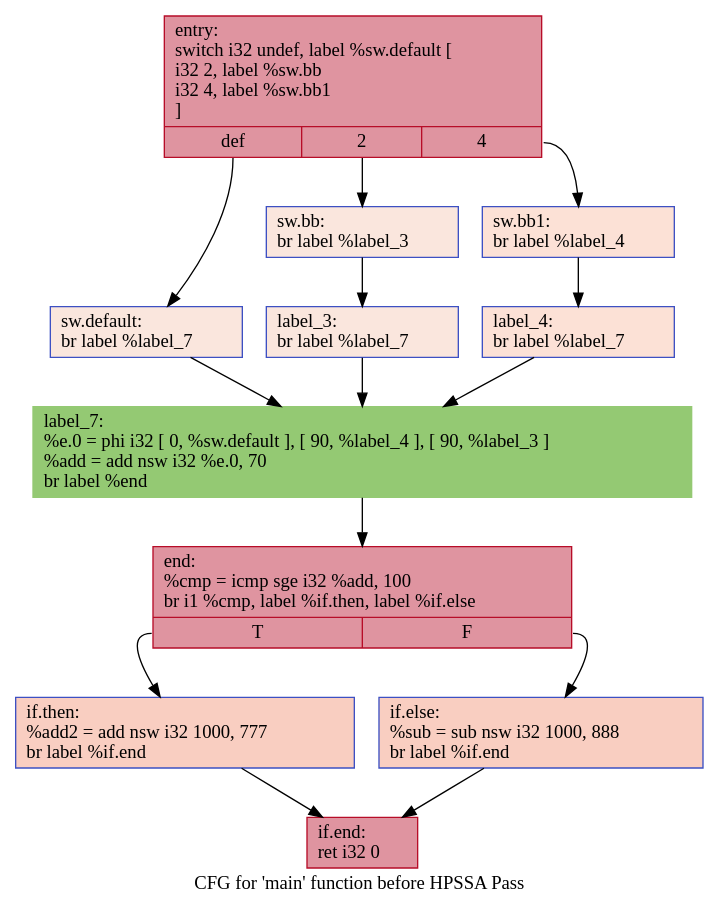
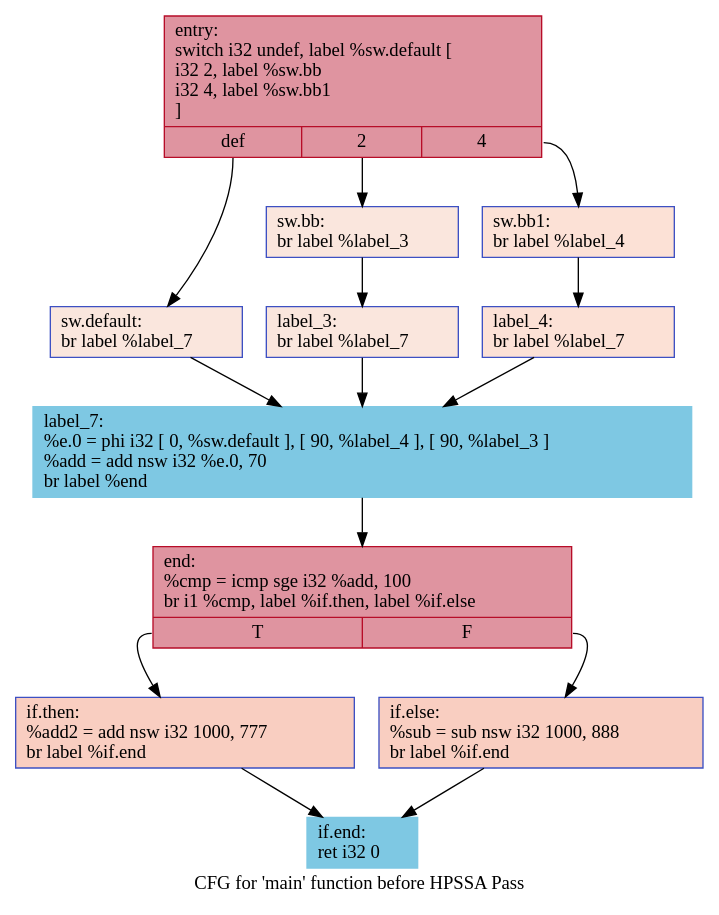
Before and after one commit to HPSSA-LLVM/HPSSA-LLVM: the diagram in IR/cfg/baseline.dot, drawn with Graphviz. The commit also changed 22 other files, not shown here.

```diff
--- a/IR/cfg/baseline.dot
+++ b/IR/cfg/baseline.dot
@@ -1,28 +1,28 @@
 digraph "CFG for 'main' function" {
 	label="CFG for 'main' function before HPSSA Pass";
 
-	Node0x56502203a770 [shape=record,color="#b70d28ff", style=filled, fillcolor="#b70d2870",label="{entry:\l  switch i32 undef, label %sw.default [\l    i32 2, label %sw.bb\l    i32 4, label %sw.bb1\l  ]\l|{<s0>def|<s1>2|<s2>4}}"];
-	Node0x56502203a770:s0 -> Node0x56502203acd0;
-	Node0x56502203a770:s1 -> Node0x56502203ad50;
-	Node0x56502203a770:s2 -> Node0x56502203adf0;
-	Node0x56502203ad50 [shape=record,color="#3d50c3ff", style=filled, fillcolor="#f3c7b170",label="{sw.bb:                                            \l  br label %label_3\l}"];
-	Node0x56502203ad50 -> Node0x56502203af80;
-	Node0x56502203adf0 [shape=record,color="#3d50c3ff", style=filled, fillcolor="#f7bca170",label="{sw.bb1:                                           \l  br label %label_4\l}"];
-	Node0x56502203adf0 -> Node0x56502203b060;
-	Node0x56502203acd0 [shape=record,color="#3d50c3ff", style=filled, fillcolor="#f3c7b170",label="{sw.default:                                       \l  br label %label_7\l}"];
-	Node0x56502203acd0 -> Node0x56502203b140;
-	Node0x56502203af80 [shape=record,color="#3d50c3ff", style=filled, fillcolor="#f3c7b170",label="{label_3:                                          \l  br label %label_7\l}"];
-	Node0x56502203af80 -> Node0x56502203b140;
-	Node0x56502203b060 [shape=record,color="#3d50c3ff", style=filled, fillcolor="#f7bca170",label="{label_4:                                          \l  br label %label_7\l}"];
-	Node0x56502203b060 -> Node0x56502203b140;
-	Node0x56502203b140 [shape=record,color="#94C973", style=filled, fillcolor="#94C973",label="{label_7:                                          \l  %e.0 = phi i32 [ 0, %sw.default ], [ 90, %label_4 ], [ 90, %label_3 ]\l  %add = add nsw i32 %e.0, 70\l  br label %end\l}"];
-	Node0x56502203b140 -> Node0x56502203b500;
-	Node0x56502203b500 [shape=record,color="#b70d28ff", style=filled, fillcolor="#b70d2870",label="{end:                                              \l  %cmp = icmp sge i32 %add, 100\l  br i1 %cmp, label %if.then, label %if.else\l|{<s0>T|<s1>F}}"];
-	Node0x56502203b500:s0 -> Node0x56502203b6c0;
-	Node0x56502203b500:s1 -> Node0x56502203b730;
-	Node0x56502203b6c0 [shape=record,color="#3d50c3ff", style=filled, fillcolor="#f2907270",label="{if.then:                                          \l  %add2 = add nsw i32 1000, 777\l  br label %if.end\l}"];
-	Node0x56502203b6c0 -> Node0x56502203bb00;
-	Node0x56502203b730 [shape=record,color="#3d50c3ff", style=filled, fillcolor="#f2907270",label="{if.else:                                          \l  %sub = sub nsw i32 1000, 888\l  br label %if.end\l}"];
-	Node0x56502203b730 -> Node0x56502203bb00;
-	Node0x56502203bb00 [shape=record,color="#b70d28ff", style=filled, fillcolor="#b70d2870",label="{if.end:                                           \l  ret i32 0\l}"];
+	Node0x55b8d5860770 [shape=record,color="#b70d28ff", style=filled, fillcolor="#b70d2870",label="{entry:\l  switch i32 undef, label %sw.default [\l    i32 2, label %sw.bb\l    i32 4, label %sw.bb1\l  ]\l|{<s0>def|<s1>2|<s2>4}}"];
+	Node0x55b8d5860770:s0 -> Node0x55b8d5860cd0;
+	Node0x55b8d5860770:s1 -> Node0x55b8d5860d50;
+	Node0x55b8d5860770:s2 -> Node0x55b8d5860df0;
+	Node0x55b8d5860d50 [shape=record,color="#3d50c3ff", style=filled, fillcolor="#f3c7b170",label="{sw.bb:                                            \l  br label %label_3\l}"];
+	Node0x55b8d5860d50 -> Node0x55b8d5860f80;
+	Node0x55b8d5860df0 [shape=record,color="#3d50c3ff", style=filled, fillcolor="#f7bca170",label="{sw.bb1:                                           \l  br label %label_4\l}"];
+	Node0x55b8d5860df0 -> Node0x55b8d5861060;
+	Node0x55b8d5860cd0 [shape=record,color="#3d50c3ff", style=filled, fillcolor="#f3c7b170",label="{sw.default:                                       \l  br label %label_7\l}"];
+	Node0x55b8d5860cd0 -> Node0x55b8d5861140;
+	Node0x55b8d5860f80 [shape=record,color="#3d50c3ff", style=filled, fillcolor="#f3c7b170",label="{label_3:                                          \l  br label %label_7\l}"];
+	Node0x55b8d5860f80 -> Node0x55b8d5861140;
+	Node0x55b8d5861060 [shape=record,color="#3d50c3ff", style=filled, fillcolor="#f7bca170",label="{label_4:                                          \l  br label %label_7\l}"];
+	Node0x55b8d5861060 -> Node0x55b8d5861140;
+	Node0x55b8d5861140 [shape=record,color="#7EC8E3", style=filled, fillcolor="#7EC8E3",label="{label_7:                                          \l  %e.0 = phi i32 [ 0, %sw.default ], [ 90, %label_4 ], [ 90, %label_3 ]\l  %add = add nsw i32 %e.0, 70\l  br label %end\l}"];
+	Node0x55b8d5861140 -> Node0x55b8d5861500;
+	Node0x55b8d5861500 [shape=record,color="#b70d28ff", style=filled, fillcolor="#b70d2870",label="{end:                                              \l  %cmp = icmp sge i32 %add, 100\l  br i1 %cmp, label %if.then, label %if.else\l|{<s0>T|<s1>F}}"];
+	Node0x55b8d5861500:s0 -> Node0x55b8d58616c0;
+	Node0x55b8d5861500:s1 -> Node0x55b8d5861730;
+	Node0x55b8d58616c0 [shape=record,color="#3d50c3ff", style=filled, fillcolor="#f2907270",label="{if.then:                                          \l  %add2 = add nsw i32 1000, 777\l  br label %if.end\l}"];
+	Node0x55b8d58616c0 -> Node0x55b8d5861b00;
+	Node0x55b8d5861730 [shape=record,color="#3d50c3ff", style=filled, fillcolor="#f2907270",label="{if.else:                                          \l  %sub = sub nsw i32 1000, 888\l  br label %if.end\l}"];
+	Node0x55b8d5861730 -> Node0x55b8d5861b00;
+	Node0x55b8d5861b00 [shape=record,color="#7EC8E3", style=filled, fillcolor="#7EC8E3",label="{if.end:                                           \l  ret i32 0\l}"];
 }
```
